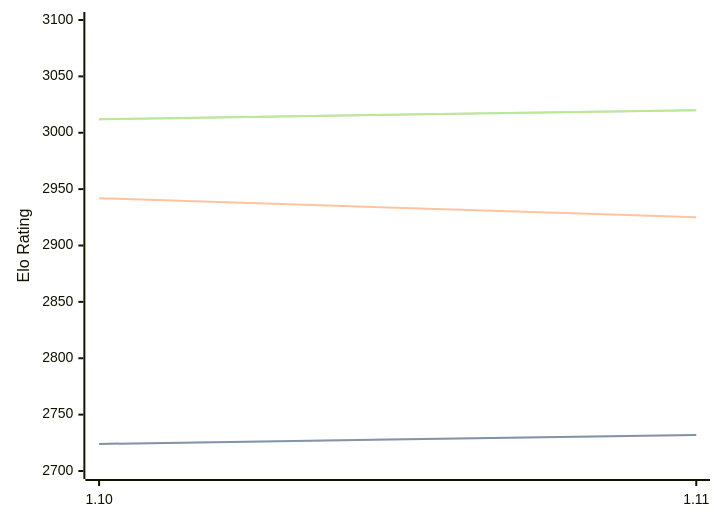
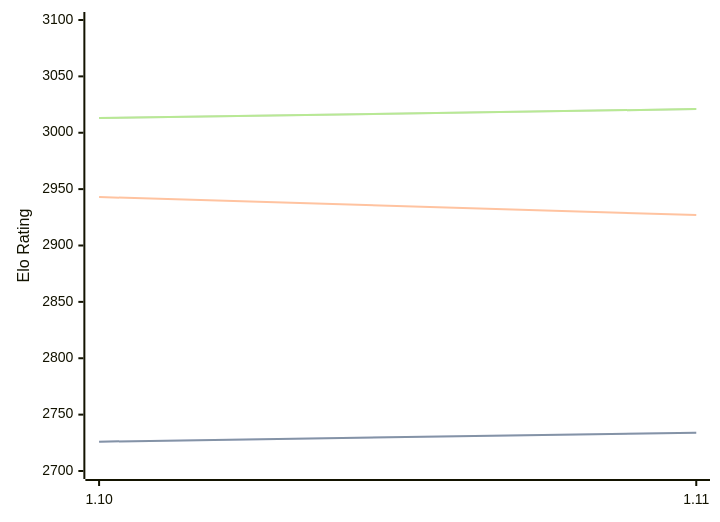
The diagram in engines/Roc.md (computer-chess-index/cci), drawn with Mermaid before and after one commit. The commit also changed other lines of this file, not shown here.

Commit message:
Update CCI Ratings (ELO VLTC) - 2026-06-11

````diff
--- a/engines/Roc.md
+++ b/engines/Roc.md
@@ -65,11 +65,11 @@
 ```mermaid
 %%{init: {"theme":"base","themeVariables":{"seriesColors:['#a3a3a3','#222221','#faa371']}}}%%
 xychart-beta
   x-axis ["1.10", "1.11"]
   y-axis "Elo Rating" 2700 --> 3100
-  line "STC (8.0+0.08s)" [2724, 2732]
-  line "STC (8.0+0.08s)" [2724, 2732]
-  line "LTC (60.0+0.60s)" [2942, 2925]
-  line "VLTC (2m24s+1.12s)" [3012, 3020]
-  line "VLTC (2m24s+1.12s)" [3012, 3020]
+  line "STC (8.0+0.08s)" [2726, 2734]
+  line "STC (8.0+0.08s)" [2726, 2734]
+  line "LTC (60.0+0.60s)" [2943, 2927]
+  line "VLTC (2m24s+1.12s)" [3013, 3021]
+  line "VLTC (2m24s+1.12s)" [3013, 3021]
 ```
````
